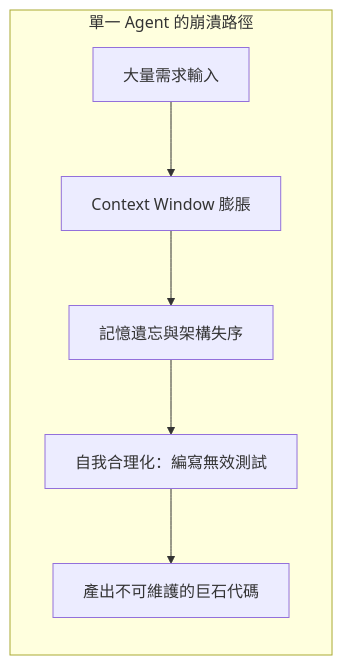
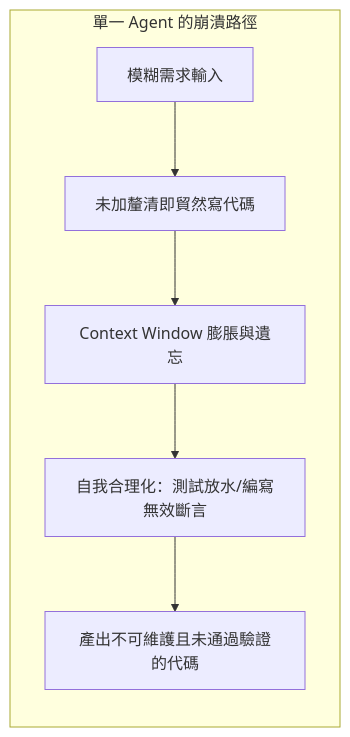
One commit to roychshao/hermes-agent-k8s-config changed the first of 6 diagrams in SDLC_AGENT_TEAM_WORKFLOW.md. Above: the diagram before and after it, drawn with Mermaid. The commit also changed other lines of this file, not shown here.

Commit message:
docs: refine SDLC workflow doc with first-person perspective, clarify self-chaining, fix mermaid syntax, and remove unverified stats

````diff
--- a/SDLC_AGENT_TEAM_WORKFLOW.md
+++ b/SDLC_AGENT_TEAM_WORKFLOW.md
@@ -37,9 +36,9 @@
 ```mermaid
 graph LR
-    subgraph Single_Agent_Trap [單一 Agent 的崩潰路徑]
-        A[大量需求輸入] --> B[Context Window 膨脹]
-        B --> C[記憶遺忘與架構失序]
-        C --> D[自我合理化：編寫無效測試]
-        D --> E[產出不可維護的巨石代碼]
+    subgraph Single_Agent_Trap ["單一 Agent 的崩潰路徑"]
+        A["模糊需求輸入"] --> B["未加釐清即貿然寫代碼"]
+        B --> C["Context Window 膨脹與遺忘"]
+        C --> D["自我合理化：測試放水/編寫無效斷言"]
+        D --> E["產出不可維護且未通過驗證的代碼"]
     end
 ```
````
